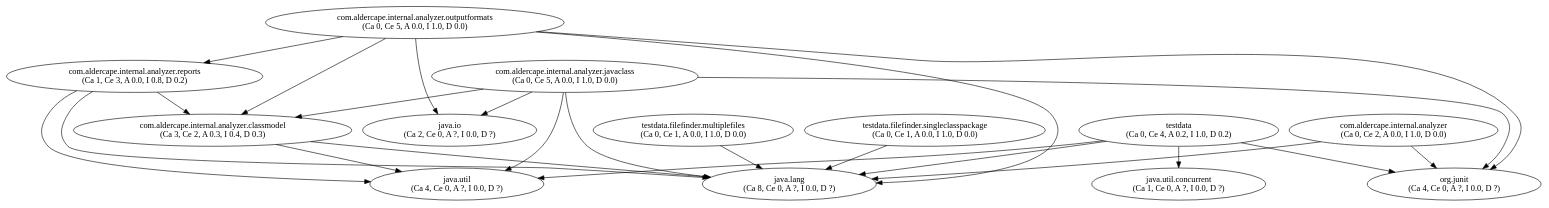
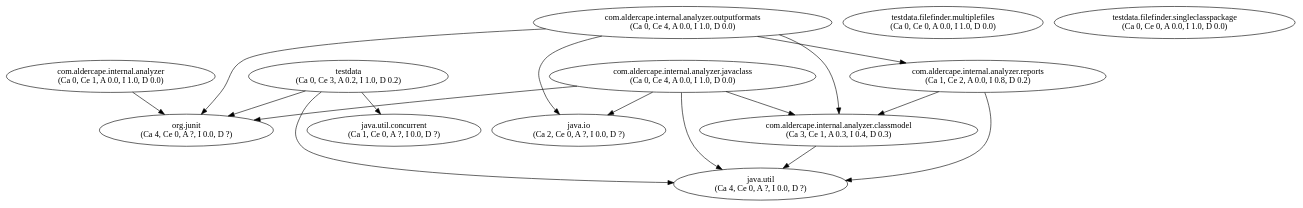
One commit to AlderCape/Analyzer changed the diagram in project.dot. Above: the diagram before and after it, drawn with Graphviz. The commit also changed 6 other files, not shown here.

```diff
--- a/project.dot
+++ b/project.dot
@@ -1,38 +1,29 @@
 digraph G {
-"com.aldercape.internal.analyzer" [label="com.aldercape.internal.analyzer\n(Ca 0, Ce 2, A 0.0, I 1.0, D 0.0)"];
-"com.aldercape.internal.analyzer.classmodel" [label="com.aldercape.internal.analyzer.classmodel\n(Ca 3, Ce 2, A 0.3, I 0.4, D 0.3)"];
-"com.aldercape.internal.analyzer.javaclass" [label="com.aldercape.internal.analyzer.javaclass\n(Ca 0, Ce 5, A 0.0, I 1.0, D 0.0)"];
-"com.aldercape.internal.analyzer.outputformats" [label="com.aldercape.internal.analyzer.outputformats\n(Ca 0, Ce 5, A 0.0, I 1.0, D 0.0)"];
-"com.aldercape.internal.analyzer.reports" [label="com.aldercape.internal.analyzer.reports\n(Ca 1, Ce 3, A 0.0, I 0.8, D 0.2)"];
+"com.aldercape.internal.analyzer" [label="com.aldercape.internal.analyzer\n(Ca 0, Ce 1, A 0.0, I 1.0, D 0.0)"];
+"com.aldercape.internal.analyzer.classmodel" [label="com.aldercape.internal.analyzer.classmodel\n(Ca 3, Ce 1, A 0.3, I 0.4, D 0.3)"];
+"com.aldercape.internal.analyzer.javaclass" [label="com.aldercape.internal.analyzer.javaclass\n(Ca 0, Ce 4, A 0.0, I 1.0, D 0.0)"];
+"com.aldercape.internal.analyzer.outputformats" [label="com.aldercape.internal.analyzer.outputformats\n(Ca 0, Ce 4, A 0.0, I 1.0, D 0.0)"];
+"com.aldercape.internal.analyzer.reports" [label="com.aldercape.internal.analyzer.reports\n(Ca 1, Ce 2, A 0.0, I 0.8, D 0.2)"];
 "java.io" [label="java.io\n(Ca 2, Ce 0, A ?, I 0.0, D ?)"];
-"java.lang" [label="java.lang\n(Ca 8, Ce 0, A ?, I 0.0, D ?)"];
 "java.util" [label="java.util\n(Ca 4, Ce 0, A ?, I 0.0, D ?)"];
 "java.util.concurrent" [label="java.util.concurrent\n(Ca 1, Ce 0, A ?, I 0.0, D ?)"];
 "org.junit" [label="org.junit\n(Ca 4, Ce 0, A ?, I 0.0, D ?)"];
-"testdata" [label="testdata\n(Ca 0, Ce 4, A 0.2, I 1.0, D 0.2)"];
-"testdata.filefinder.multiplefiles" [label="testdata.filefinder.multiplefiles\n(Ca 0, Ce 1, A 0.0, I 1.0, D 0.0)"];
-"testdata.filefinder.singleclasspackage" [label="testdata.filefinder.singleclasspackage\n(Ca 0, Ce 1, A 0.0, I 1.0, D 0.0)"];
-"com.aldercape.internal.analyzer" -> "java.lang";
+"testdata" [label="testdata\n(Ca 0, Ce 3, A 0.2, I 1.0, D 0.2)"];
+"testdata.filefinder.multiplefiles" [label="testdata.filefinder.multiplefiles\n(Ca 0, Ce 0, A 0.0, I 1.0, D 0.0)"];
+"testdata.filefinder.singleclasspackage" [label="testdata.filefinder.singleclasspackage\n(Ca 0, Ce 0, A 0.0, I 1.0, D 0.0)"];
 "com.aldercape.internal.analyzer" -> "org.junit";
-"com.aldercape.internal.analyzer.classmodel" -> "java.lang";
 "com.aldercape.internal.analyzer.classmodel" -> "java.util";
 "com.aldercape.internal.analyzer.javaclass" -> "com.aldercape.internal.analyzer.classmodel";
 "com.aldercape.internal.analyzer.javaclass" -> "java.io";
-"com.aldercape.internal.analyzer.javaclass" -> "java.lang";
 "com.aldercape.internal.analyzer.javaclass" -> "java.util";
 "com.aldercape.internal.analyzer.javaclass" -> "org.junit";
 "com.aldercape.internal.analyzer.outputformats" -> "com.aldercape.internal.analyzer.classmodel";
 "com.aldercape.internal.analyzer.outputformats" -> "com.aldercape.internal.analyzer.reports";
 "com.aldercape.internal.analyzer.outputformats" -> "java.io";
-"com.aldercape.internal.analyzer.outputformats" -> "java.lang";
 "com.aldercape.internal.analyzer.outputformats" -> "org.junit";
 "com.aldercape.internal.analyzer.reports" -> "com.aldercape.internal.analyzer.classmodel";
-"com.aldercape.internal.analyzer.reports" -> "java.lang";
 "com.aldercape.internal.analyzer.reports" -> "java.util";
-"testdata" -> "java.lang";
 "testdata" -> "java.util";
 "testdata" -> "java.util.concurrent";
 "testdata" -> "org.junit";
-"testdata.filefinder.multiplefiles" -> "java.lang";
-"testdata.filefinder.singleclasspackage" -> "java.lang";
 }
```
